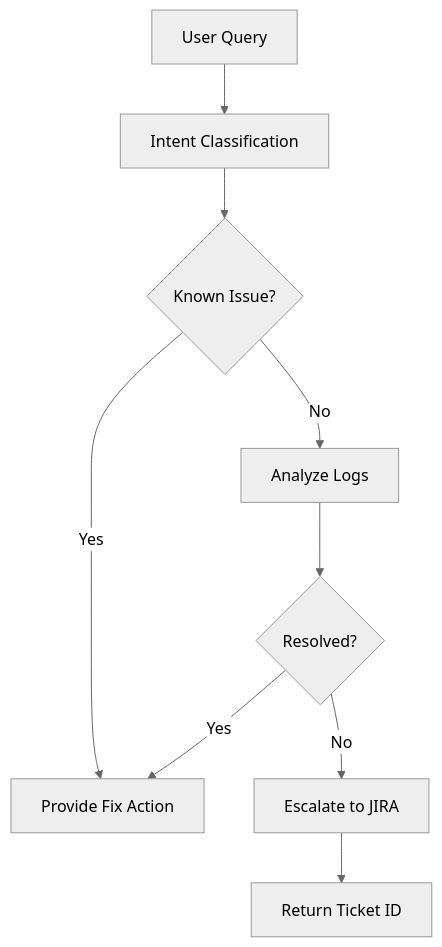
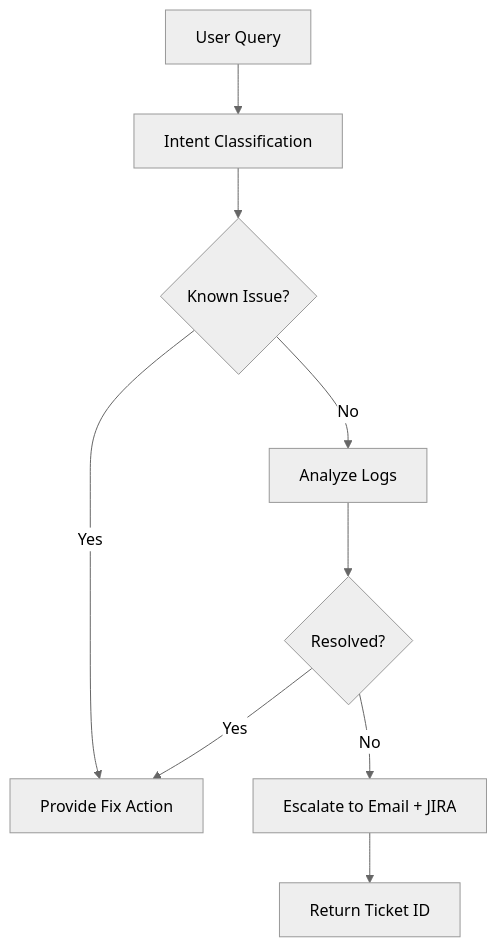
One commit to winitramesh2/AegisAgent changed the second of 3 diagrams in docs/DIAGRAMS.md. Above: the diagram before and after it, drawn with Mermaid (neutral theme). The commit also changed other lines of this file and 4 other files, not shown here.

````diff
--- a/docs/DIAGRAMS.md
+++ b/docs/DIAGRAMS.md
@@ -30,11 +31,11 @@
 ```mermaid
 flowchart TD
   Start[User Query] --> Intent[Intent Classification]
   Intent --> Known{Known Issue?}
   Known -->|Yes| Fix[Provide Fix Action]
   Known -->|No| Logs[Analyze Logs]
   Logs --> Resolved{Resolved?}
   Resolved -->|Yes| Fix
-  Resolved -->|No| Escalate[Escalate to JIRA]
+  Resolved -->|No| Escalate[Escalate to Email + JIRA]
   Escalate --> End[Return Ticket ID]
 ```
````
